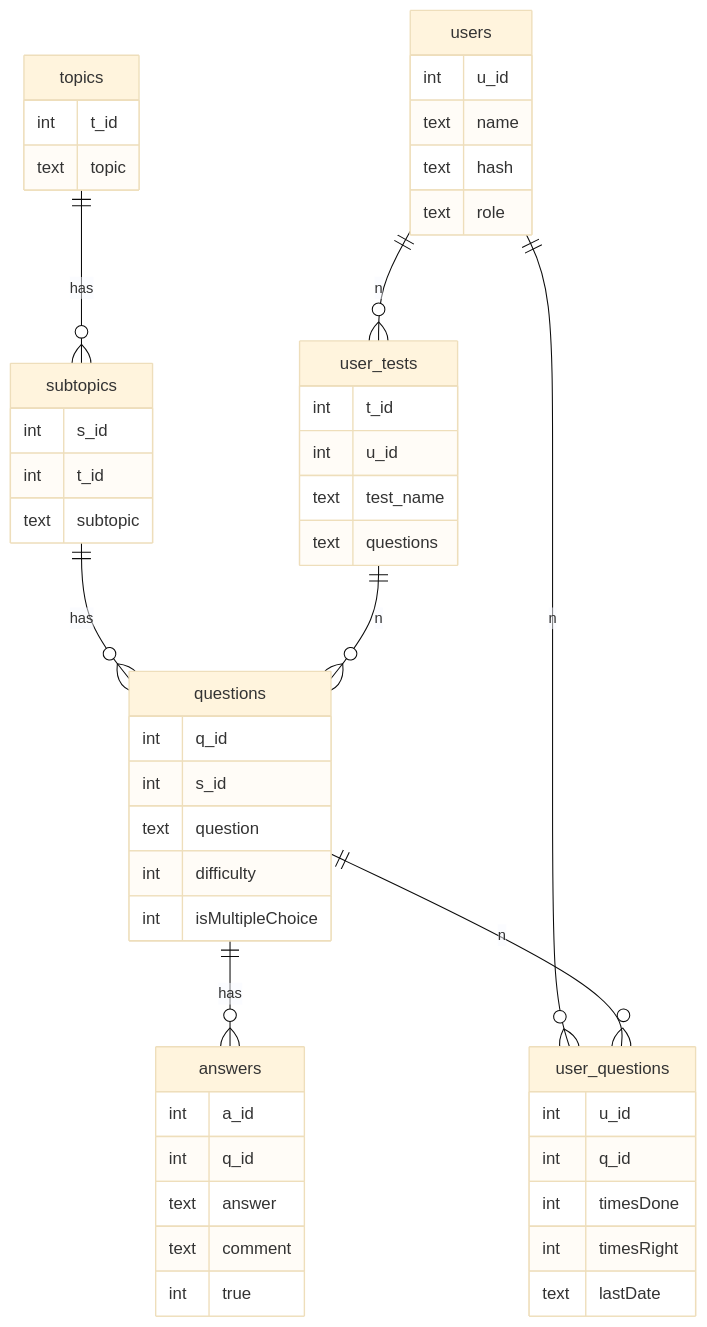
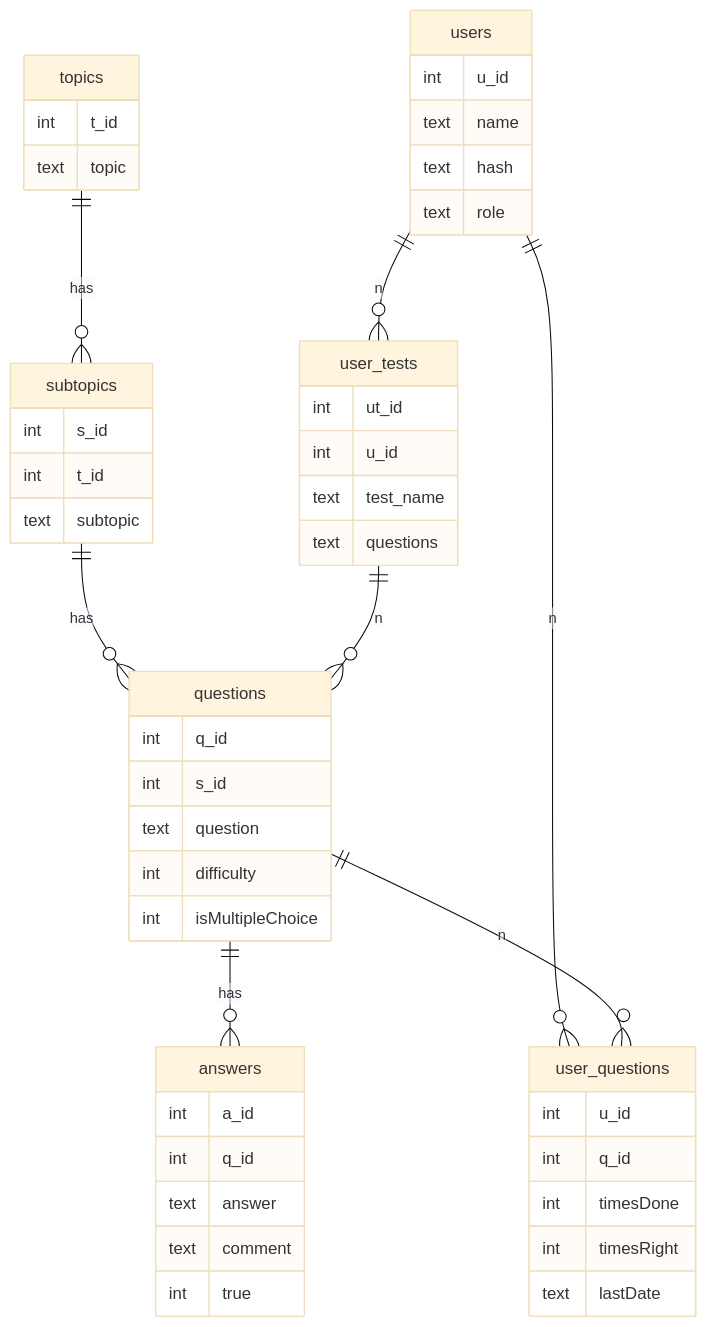
Before and after one commit to KlaBra16F1/CS50: the second of 2 diagrams in docs/documentation.adoc, drawn with Mermaid (base theme). The commit also changed other lines of this file and 4 other files, not shown here.

```diff
--- a/docs/documentation.adoc
+++ b/docs/documentation.adoc
@@ -69,59 +69,59 @@
 [mermaid]
 ----
 erDiagram
 
 topics {
     int t_id
     text topic
 }
 subtopics {
     int s_id
     int t_id
     text subtopic
 }
 questions {
     int q_id
     int s_id
     text question
     int difficulty
     int isMultipleChoice
 }
 answers {
     int a_id
     int q_id
     text answer
     text comment
     int true
 }
 users {
     int u_id
     text name
     text hash
     text role
 }
 user_questions {
     int u_id
     int q_id
     int timesDone
     int timesRight
     text lastDate
 }
 user_tests {
-    int t_id
+    int ut_id
     int u_id
     text test_name
     text questions
 }
 
 
 topics ||--o{ subtopics : has
 subtopics ||--o{ questions : has
 questions ||--o{ answers : has
 users ||--o{ user_questions : n
 questions ||--o{ user_questions : n
 users ||--o{ user_tests : n
 user_tests ||--o{ questions : n
 
 
 
 ----
```
